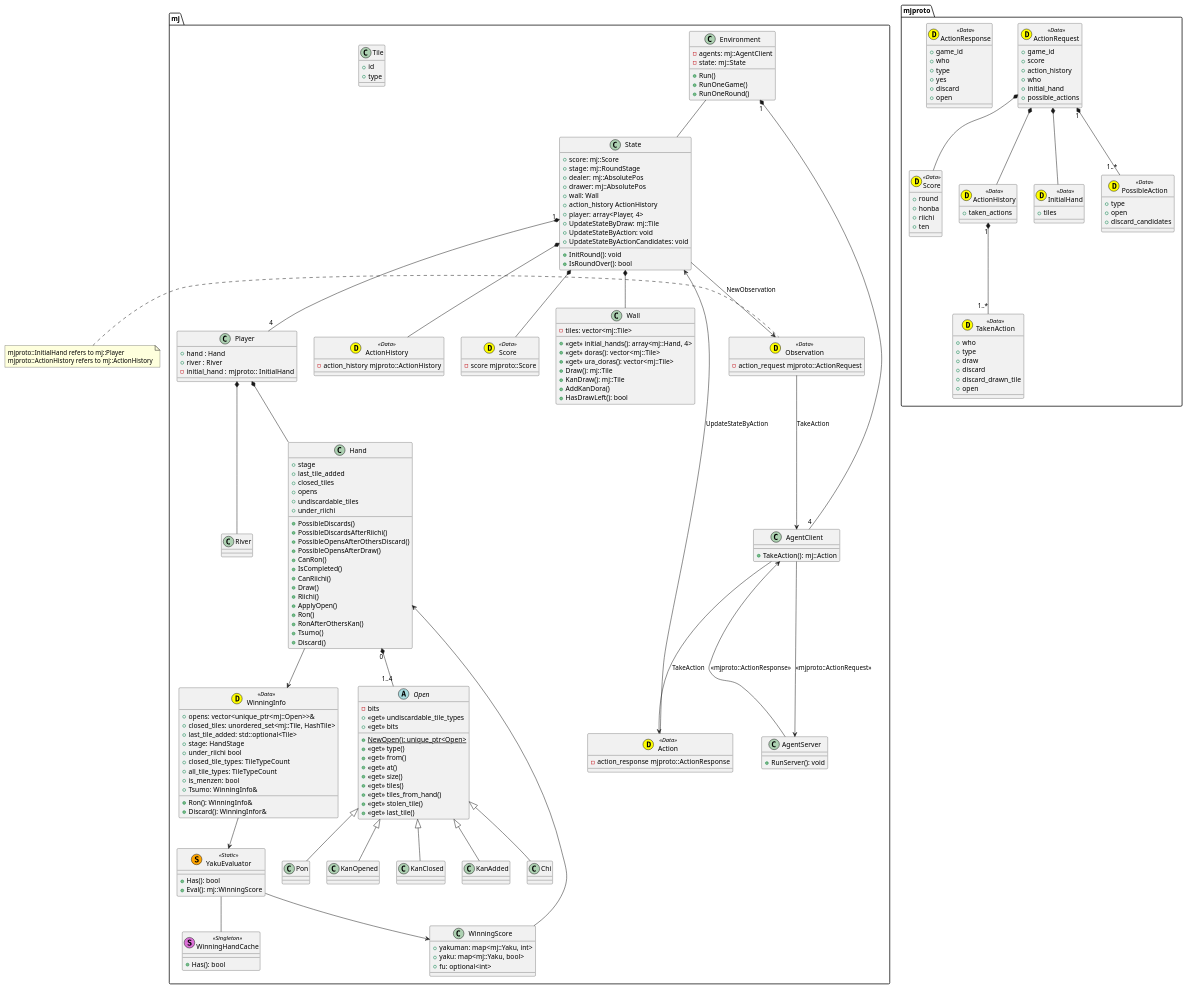
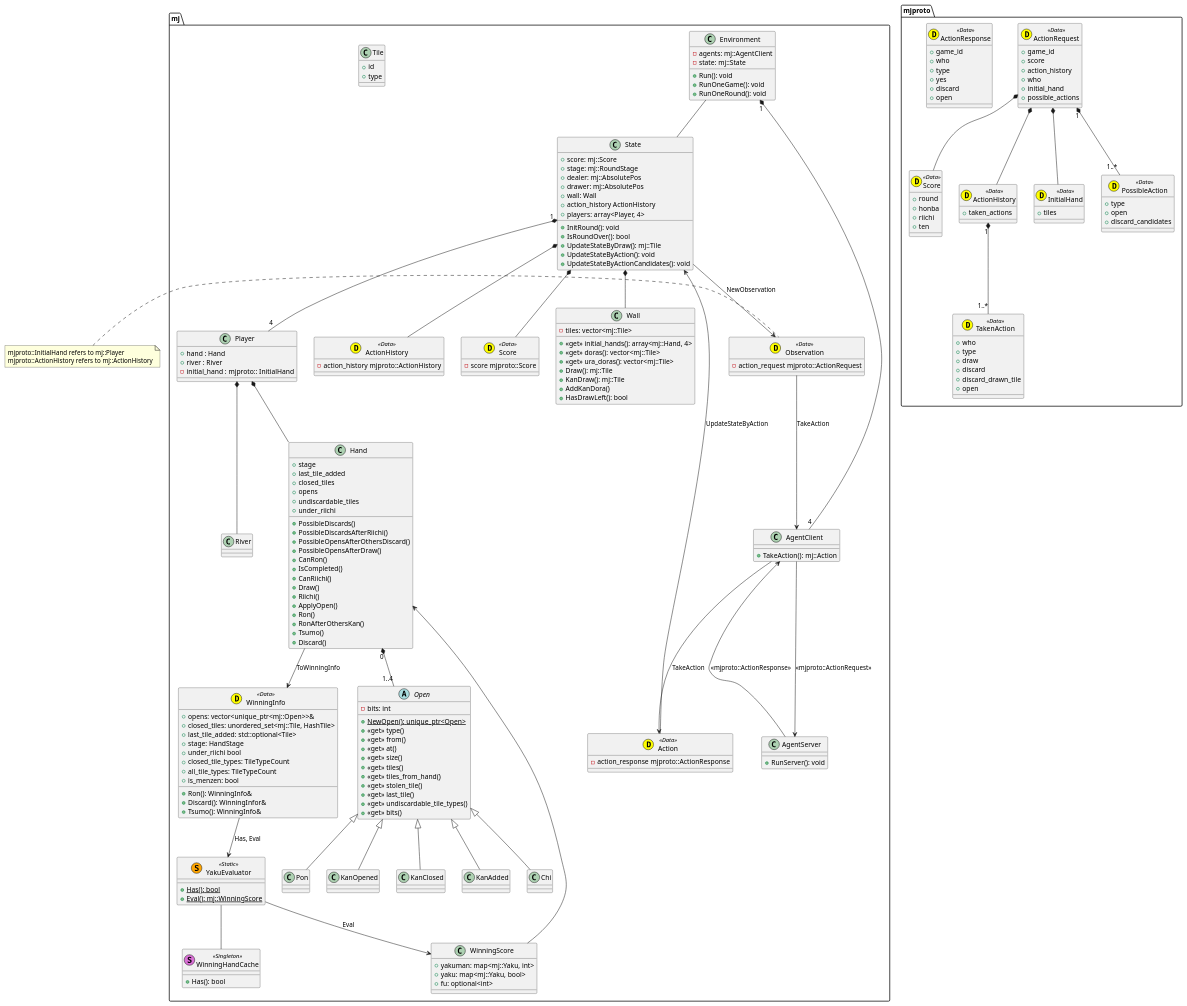
One commit to mjx-project/mjx changed the diagram in diagrams.pu. Above: the diagram before and after it, drawn with PlantUML.

Commit message:
update diargsm

```diff
--- a/diagrams.pu
+++ b/diagrams.pu
@@ -61,14 +61,14 @@
 class mj::Environment {
     - agents: mj::AgentClient
     - state: mj::State
-    + Run()
-    + RunOneGame()
-    + RunOneRound()
+    + Run(): void
+    + RunOneGame(): void
+    + RunOneRound(): void
 }
 
 class mj::YakuEvaluator <<(S,orange) Static>> {
-    + Has(): bool
-    + Eval(): mj::WinningScore
+    + {static} Has(): bool
+    + {static} Eval(): mj::WinningScore
 }
 
 class mj::WinningHandCache <<(S,orchid) Singleton>> {
@@ -92,7 +92,7 @@
     + is_menzen: bool
     + Ron(): WinningInfo&
     + Discard(): WinningInfor&
-    + Tsumo: WinningInfo&
+    + Tsumo(): WinningInfo&
 }
 
 class mj::State {
@@ -102,12 +102,12 @@
     + drawer: mj::AbsolutePos
     + wall: Wall
     + action_history ActionHistory 
-    + player: array<Player, 4>
+    + players: array<Player, 4>
     + InitRound(): void
     + IsRoundOver(): bool
-    + UpdateStateByDraw: mj::Tile
-    + UpdateStateByAction: void
-    + UpdateStateByActionCandidates: void
+    + UpdateStateByDraw(): mj::Tile
+    + UpdateStateByAction(): void
+    + UpdateStateByActionCandidates(): void
 }
 
 class mj::Player {
@@ -183,7 +183,7 @@
 }
 
 abstract class mj::Open {
-    - bits
+    - bits: int
     + {static} NewOpen(): unique_ptr<Open>
     + <<get>> type()
     + <<get>> from()
@@ -193,8 +193,8 @@
     + <<get>> tiles_from_hand()
     + <<get>> stolen_tile()
     + <<get>> last_tile()
-    + <<get>> undiscardable_tile_types
-    + <<get>> bits
+    + <<get>> undiscardable_tile_types()
+    + <<get>> bits()
 }
 
 class mj::Chi {
@@ -239,7 +239,7 @@
 mj::Player *-- mj::River 
 
 mj::Hand "0" *-- "1..4" mj::Open
-mj::Hand --> mj::WinningInfo
+mj::Hand --> mj::WinningInfo : ToWinningInfo
 
 mj::Open <|-- mj::Chi
 mj::Open <|-- mj::Pon
@@ -247,10 +247,10 @@
 mj::Open <|-- mj::KanOpened
 mj::Open <|-- mj::KanAdded
 
-mj::WinningInfo --> mj::YakuEvaluator
+mj::WinningInfo --> mj::YakuEvaluator : Has, Eval
 
 mj::YakuEvaluator -- mj::WinningHandCache
-mj::YakuEvaluator --> mj::WinningScore
+mj::YakuEvaluator --> mj::WinningScore : Eval
 
 mj::WinningScore --> mj::Hand
 
```
